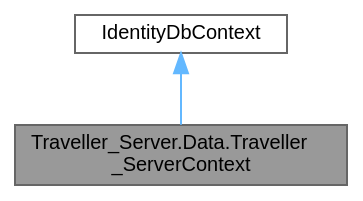
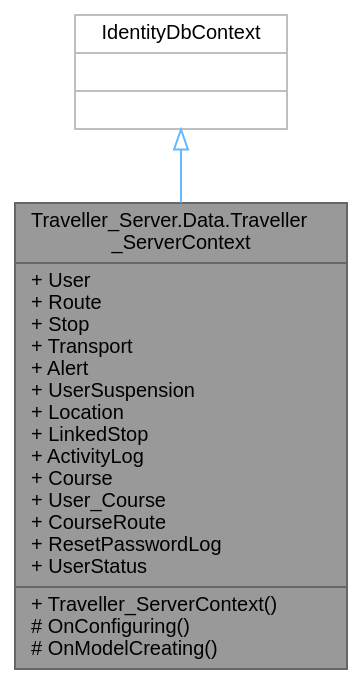
The diagram in Servidor/class_traveller___server_1_1_data_1_1_traveller___server_context__coll__graph.dot (VenelinArgirov/manual-tecnico.github.io), drawn with Graphviz before and after one commit. The commit also changed 813 other files, not shown here.

```diff
--- a/Servidor/class_traveller___server_1_1_data_1_1_traveller___server_context__coll__graph.dot
+++ b/Servidor/class_traveller___server_1_1_data_1_1_traveller___server_context__coll__graph.dot
@@ -1,10 +1,10 @@
 digraph "Traveller_Server.Data.Traveller_ServerContext"
 {
  // LATEX_PDF_SIZE
   bgcolor="transparent";
   edge [fontname=Helvetica,fontsize=10,labelfontname=Helvetica,labelfontsize=10];
   node [fontname=Helvetica,fontsize=10,shape=box,height=0.2,width=0.4];
-  Node1 [label="Traveller_Server.Data.Traveller\l_ServerContext",height=0.2,width=0.4,color="gray40", fillcolor="grey60", style="filled", fontcolor="black",tooltip=" "];
-  Node2 -> Node1 [dir="back",color="steelblue1",style="solid"];
-  Node2 [label="IdentityDbContext",height=0.2,width=0.4,color="gray40", fillcolor="white", style="filled",tooltip=" "];
+  Node1 [shape=record,label="{Traveller_Server.Data.Traveller\l_ServerContext\n|+ User\l+ Route\l+ Stop\l+ Transport\l+ Alert\l+ UserSuspension\l+ Location\l+ LinkedStop\l+ ActivityLog\l+ Course\l+ User_Course\l+ CourseRoute\l+ ResetPasswordLog\l+ UserStatus\l|+ Traveller_ServerContext()\l# OnConfiguring()\l# OnModelCreating()\l}",height=0.2,width=0.4,color="gray40", fillcolor="grey60", style="filled", fontcolor="black",tooltip=" "];
+  Node2 -> Node1 [dir="back",color="steelblue1",style="solid",arrowtail="onormal"];
+  Node2 [shape=record,label="{IdentityDbContext\n||}",height=0.2,width=0.4,color="grey75", fillcolor="white", style="filled",tooltip=" "];
 }
```
